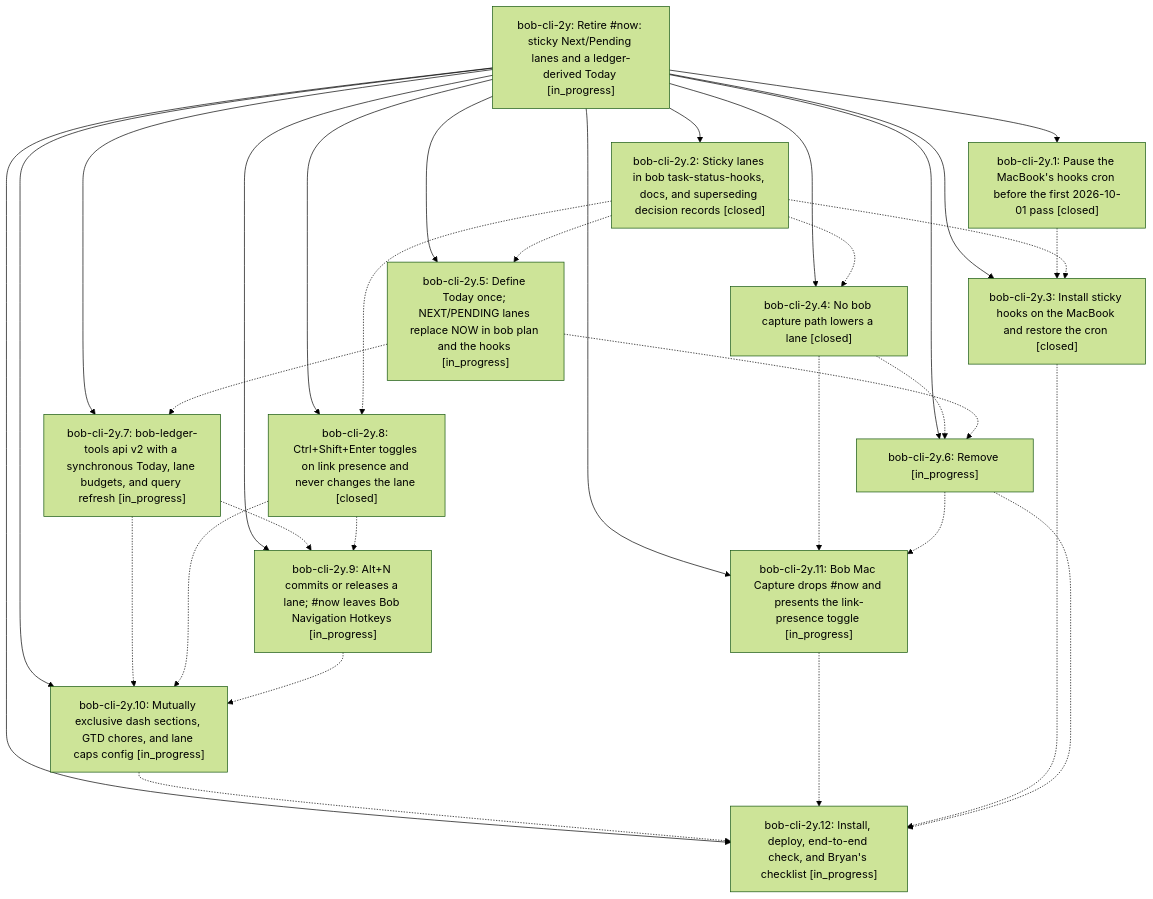
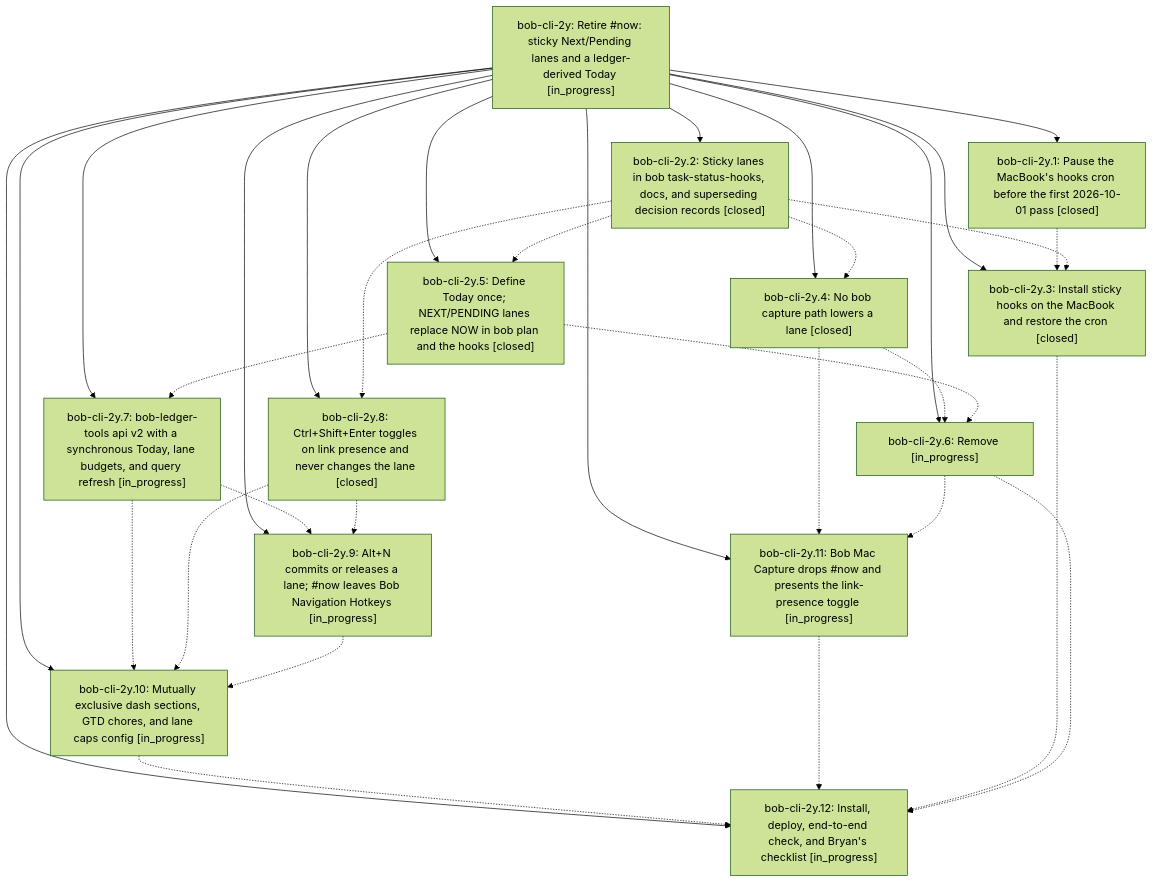
One commit to bobs-org/bob-cli--beads changed the diagram in pages/bob-cli-2y/README.md. Above: the diagram before and after it, drawn with Mermaid (forest theme). The commit also changed other lines of this file and 5 other files, not shown here.

First line of the commit message:
chore(beads): sync bead state and pages for bob-cli-2y

````diff
--- a/pages/bob-cli-2y/README.md
+++ b/pages/bob-cli-2y/README.md
@@ -33,47 +33,47 @@
 ```mermaid
 flowchart TD
     n0["bob-cli-2y: Retire #now: sticky Next/Pending lanes and a ledger-derived Today [in_progress]"]
     n1["bob-cli-2y.1: Pause the MacBook's hooks cron before the first 2026-10-01 pass [closed]"]
     n2["bob-cli-2y.10: Mutually exclusive dash sections, GTD chores, and lane caps config [in_progress]"]
     n3["bob-cli-2y.11: Bob Mac Capture drops #now and presents the link-presence toggle [in_progress]"]
     n4["bob-cli-2y.12: Install, deploy, end-to-end check, and Bryan's checklist [in_progress]"]
     n5["bob-cli-2y.2: Sticky lanes in bob task-status-hooks, docs, and superseding decision records [closed]"]
     n6["bob-cli-2y.3: Install sticky hooks on the MacBook and restore the cron [closed]"]
     n7["bob-cli-2y.4: No bob capture path lowers a lane [closed]"]
-    n8["bob-cli-2y.5: Define Today once; NEXT/PENDING lanes replace NOW in bob plan and the hooks [in_progress]"]
+    n8["bob-cli-2y.5: Define Today once; NEXT/PENDING lanes replace NOW in bob plan and the hooks [closed]"]
     n9["bob-cli-2y.6: Remove [in_progress]"]
     n10["bob-cli-2y.7: bob-ledger-tools api v2 with a synchronous Today, lane budgets, and query refresh [in_progress]"]
     n11["bob-cli-2y.8: Ctrl+Shift+Enter toggles on link presence and never changes the lane [closed]"]
     n12["bob-cli-2y.9: Alt+N commits or releases a lane; #now leaves Bob Navigation Hotkeys [in_progress]"]
     n0 --> n1
     n0 --> n2
     n0 --> n3
     n0 --> n4
     n0 --> n5
     n0 --> n6
     n0 --> n7
     n0 --> n8
     n0 --> n9
     n0 --> n10
     n0 --> n11
     n0 --> n12
     n1 -.-> n6
     n2 -.-> n4
     n3 -.-> n4
     n5 -.-> n6
     n5 -.-> n7
     n5 -.-> n8
     n5 -.-> n11
     n6 -.-> n4
     n7 -.-> n3
     n7 -.-> n9
     n8 -.-> n9
     n8 -.-> n10
     n9 -.-> n3
     n9 -.-> n4
     n10 -.-> n2
     n10 -.-> n12
     n11 -.-> n2
     n11 -.-> n12
     n12 -.-> n2
 ```
````
